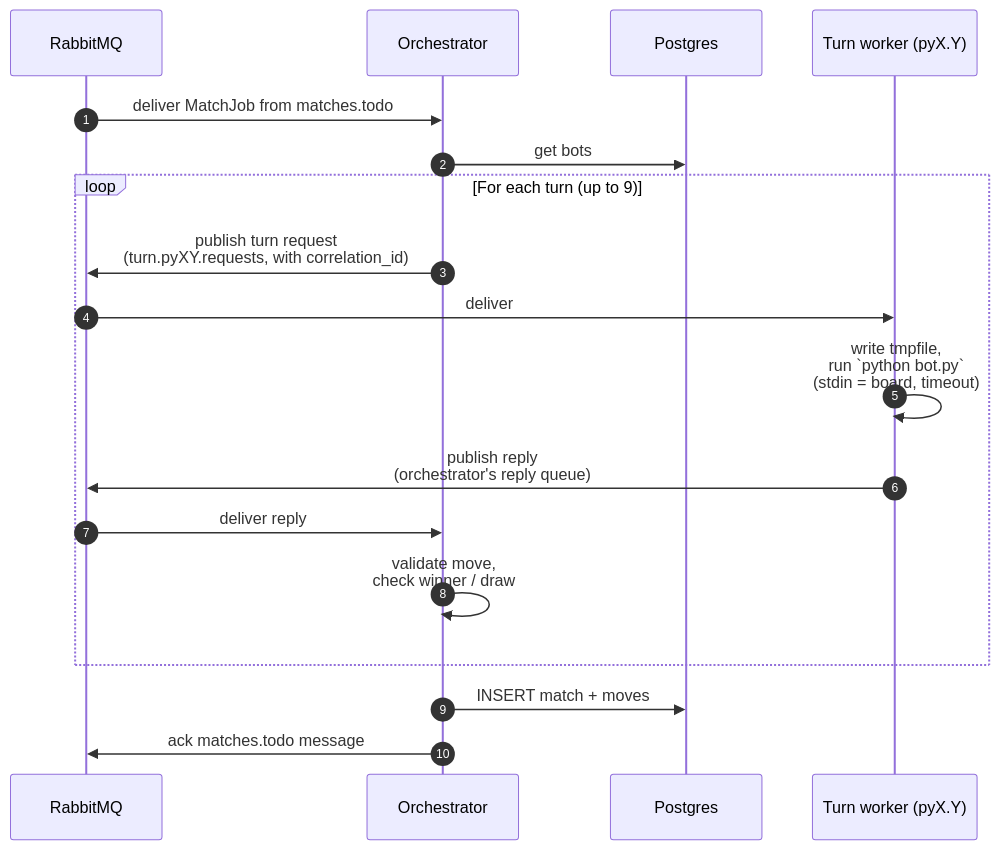
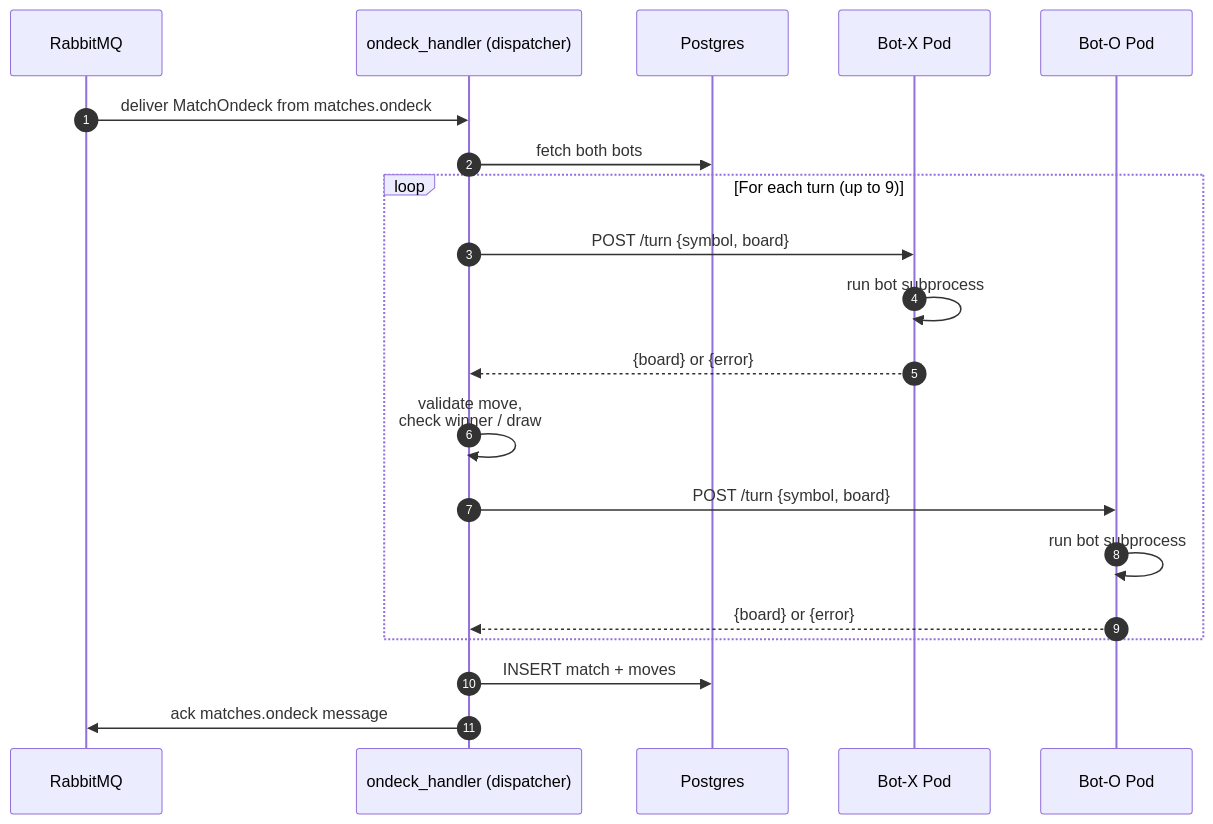
The fifth of 5 diagrams in README.md (pyowa/june-2026-tictactoe-bots), drawn with Mermaid before and after one commit. The commit also changed other lines of this file and 54 other files, not shown here.

````diff
--- a/README.md
+++ b/README.md
@@ -160,23 +234,25 @@
 ```mermaid
 sequenceDiagram
     autonumber
     participant RMQ as RabbitMQ
-    participant Orch as Orchestrator
+    participant OH as ondeck_handler (dispatcher)
     participant DB as Postgres
-    participant Worker as Turn worker (pyX.Y)
+    participant PodX as Bot-X Pod
+    participant PodO as Bot-O Pod
 
-    RMQ->>Orch: deliver MatchJob from matches.todo
-    Orch->>DB: get bots
+    RMQ->>OH: deliver MatchOndeck from matches.ondeck
+    OH->>DB: fetch both bots
 
     loop For each turn (up to 9)
-        Orch->>RMQ: publish turn request<br/>(turn.pyXY.requests, with correlation_id)
-        RMQ->>Worker: deliver
-        Worker->>Worker: write tmpfile,<br/>run `python bot.py`<br/>(stdin = board, timeout)
-        Worker->>RMQ: publish reply<br/>(orchestrator's reply queue)
-        RMQ->>Orch: deliver reply
-        Orch->>Orch: validate move,<br/>check winner / draw
+        OH->>PodX: POST /turn {symbol, board}
+        PodX->>PodX: run bot subprocess
+        PodX-->>OH: {board} or {error}
+        OH->>OH: validate move,<br/>check winner / draw
+        OH->>PodO: POST /turn {symbol, board}
+        PodO->>PodO: run bot subprocess
+        PodO-->>OH: {board} or {error}
     end
 
-    Orch->>DB: INSERT match + moves
-    Orch->>RMQ: ack matches.todo message
+    OH->>DB: INSERT match + moves
+    OH->>RMQ: ack matches.ondeck message
 ```
````
